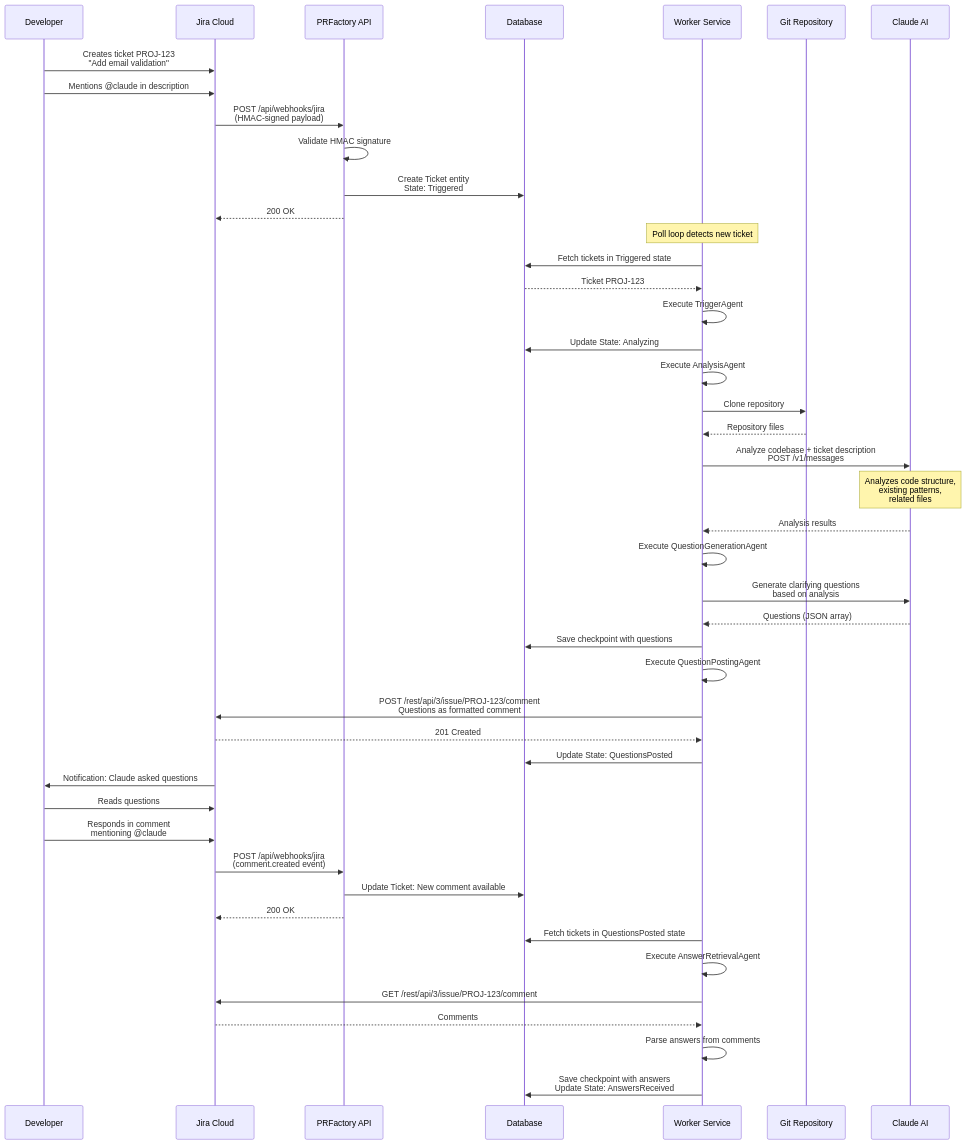
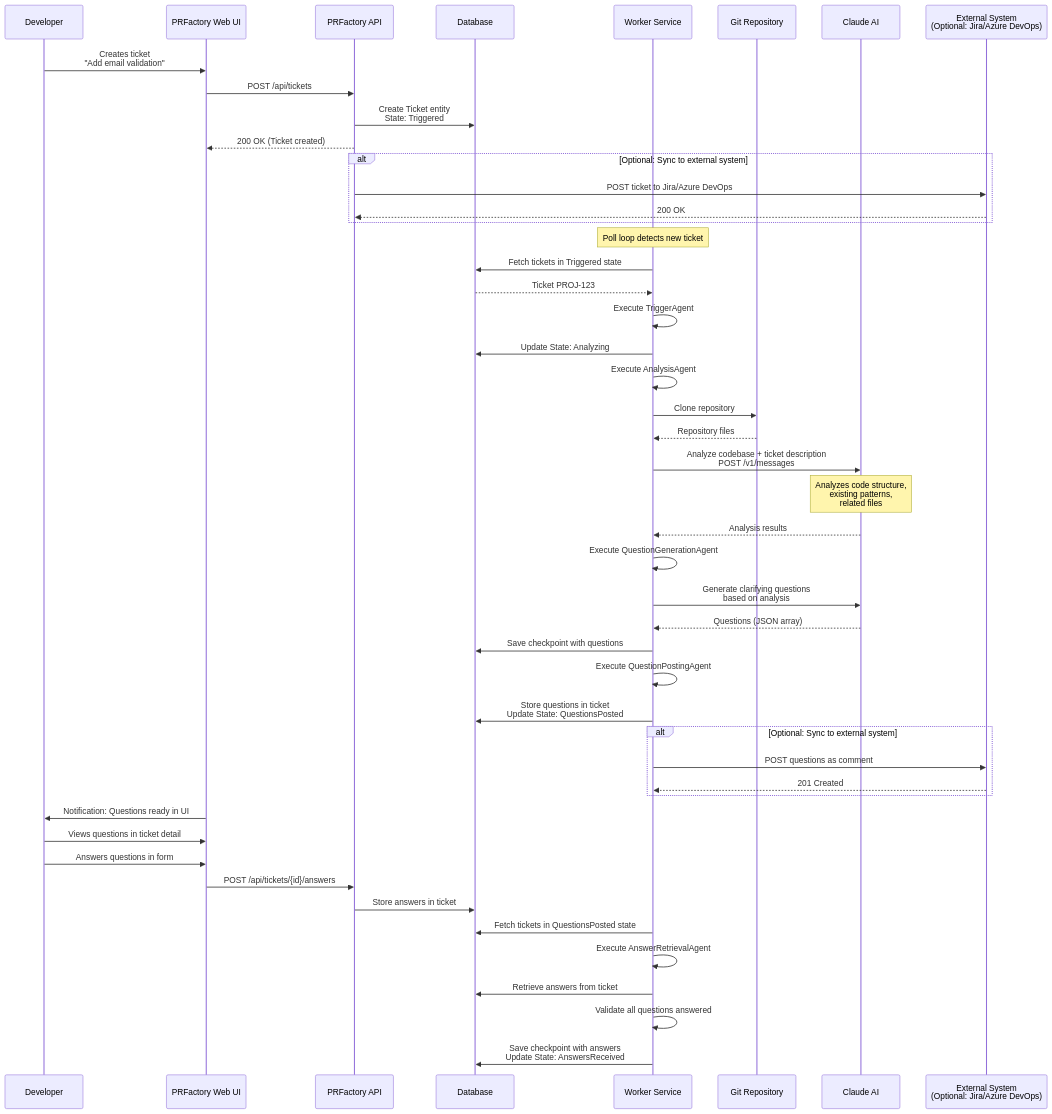
One commit to mikaelliljedahl/PRFactory changed the second of 5 diagrams in docs/WORKFLOW.md. Above: the diagram before and after it, drawn with Mermaid. The commit also changed other lines of this file and 2 other files, not shown here.

First line of the commit message:
Update documentation to reflect PRFactory as primary interface

````diff
--- a/docs/WORKFLOW.md
+++ b/docs/WORKFLOW.md
@@ -141,60 +150,61 @@
 ```mermaid
 sequenceDiagram
     participant Dev as Developer
-    participant Jira as Jira Cloud
+    participant UI as PRFactory Web UI
     participant API as PRFactory API
     participant DB as Database
     participant Worker as Worker Service
     participant Git as Git Repository
     participant Claude as Claude AI
+    participant External as External System<br/>(Optional: Jira/Azure DevOps)
 
-    Dev->>Jira: Creates ticket PROJ-123<br/>"Add email validation"
-    Dev->>Jira: Mentions @claude in description
-    Jira->>API: POST /api/webhooks/jira<br/>(HMAC-signed payload)
+    Dev->>UI: Creates ticket<br/>"Add email validation"
+    UI->>API: POST /api/tickets
+    API->>DB: Create Ticket entity<br/>State: Triggered
+    API-->>UI: 200 OK (Ticket created)
 
-    API->>API: Validate HMAC signature
-    API->>DB: Create Ticket entity<br/>State: Triggered
-    API-->>Jira: 200 OK
+    alt Optional: Sync to external system
+        API->>External: POST ticket to Jira/Azure DevOps
+        External-->>API: 200 OK
+    end
 
     Note over Worker: Poll loop detects new ticket
 
     Worker->>DB: Fetch tickets in Triggered state
     DB-->>Worker: Ticket PROJ-123
     Worker->>Worker: Execute TriggerAgent
     Worker->>DB: Update State: Analyzing
 
     Worker->>Worker: Execute AnalysisAgent
     Worker->>Git: Clone repository
     Git-->>Worker: Repository files
 
     Worker->>Claude: Analyze codebase + ticket description<br/>POST /v1/messages
     Note over Claude: Analyzes code structure,<br/>existing patterns,<br/>related files
     Claude-->>Worker: Analysis results
 
     Worker->>Worker: Execute QuestionGenerationAgent
     Worker->>Claude: Generate clarifying questions<br/>based on analysis
     Claude-->>Worker: Questions (JSON array)
 
     Worker->>DB: Save checkpoint with questions
     Worker->>Worker: Execute QuestionPostingAgent
-    Worker->>Jira: POST /rest/api/3/issue/PROJ-123/comment<br/>Questions as formatted comment
-    Jira-->>Worker: 201 Created
+    Worker->>DB: Store questions in ticket<br/>Update State: QuestionsPosted
 
-    Worker->>DB: Update State: QuestionsPosted
-    Jira->>Dev: Notification: Claude asked questions
+    alt Optional: Sync to external system
+        Worker->>External: POST questions as comment
+        External-->>Worker: 201 Created
+    end
 
-    Dev->>Jira: Reads questions
-    Dev->>Jira: Responds in comment<br/>mentioning @claude
-    Jira->>API: POST /api/webhooks/jira<br/>(comment.created event)
-
-    API->>DB: Update Ticket: New comment available
-    API-->>Jira: 200 OK
+    UI->>Dev: Notification: Questions ready in UI
+    Dev->>UI: Views questions in ticket detail
+    Dev->>UI: Answers questions in form
+    UI->>API: POST /api/tickets/{id}/answers
+    API->>DB: Store answers in ticket
 
     Worker->>DB: Fetch tickets in QuestionsPosted state
     Worker->>Worker: Execute AnswerRetrievalAgent
-    Worker->>Jira: GET /rest/api/3/issue/PROJ-123/comment
-    Jira-->>Worker: Comments
-
-    Worker->>Worker: Parse answers from comments
+    Worker->>DB: Retrieve answers from ticket
+    Worker->>Worker: Validate all questions answered
     Worker->>DB: Save checkpoint with answers<br/>Update State: AnswersReceived
 ```
````
